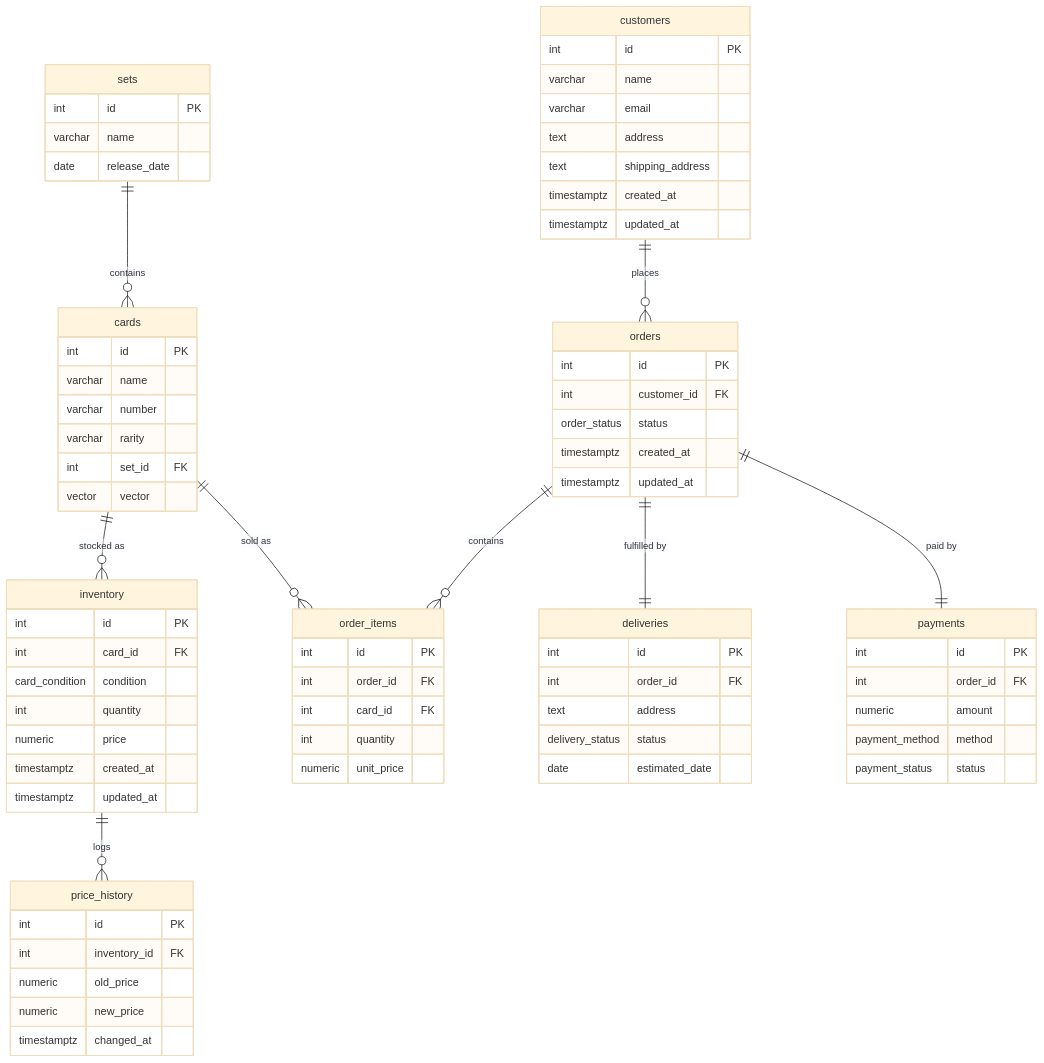
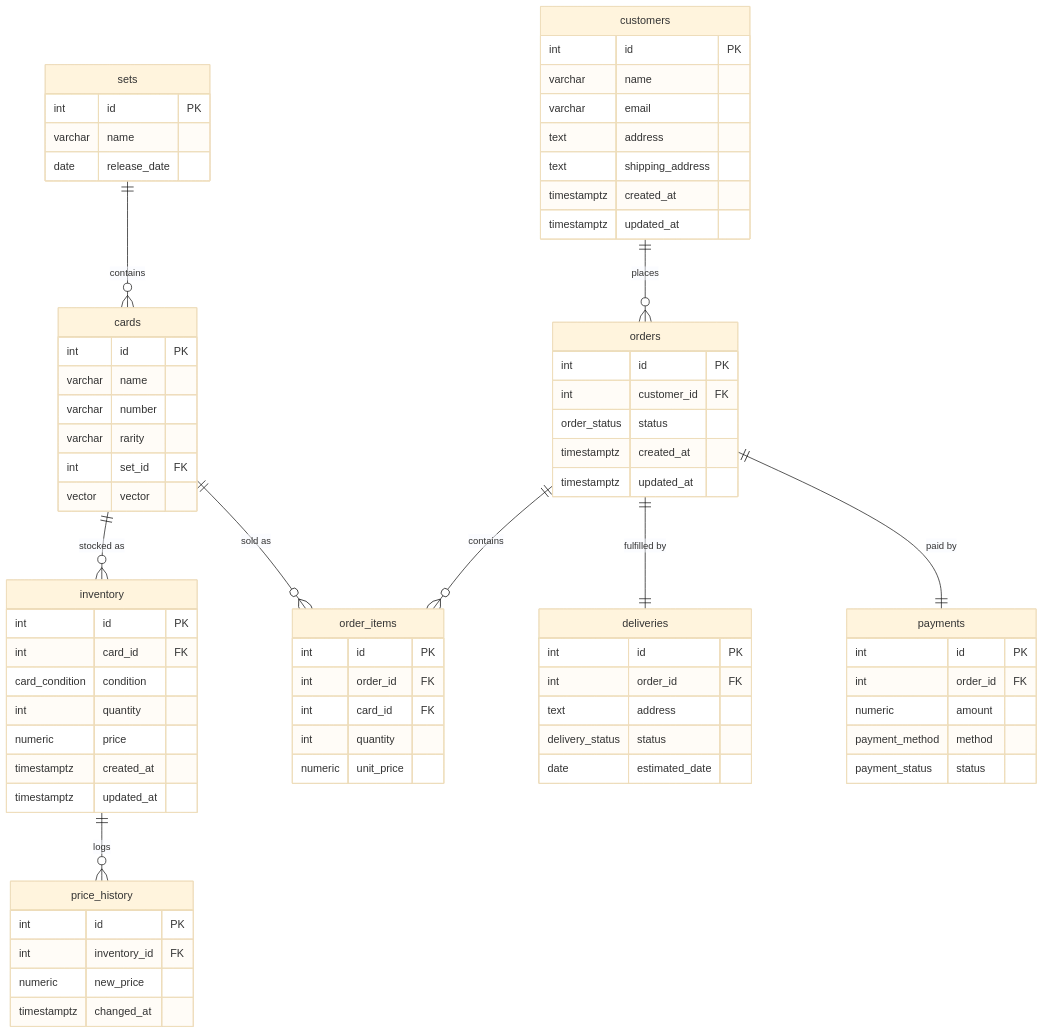
One commit to JJotace/JJotace.github.io changed the diagram in documents/03_Project_overview/302_architecture_design.md. Above: the diagram before and after it, drawn with Mermaid (base theme). The commit also changed other lines of this file and 5 other files, not shown here.

```diff
--- a/documents/03_Project_overview/302_architecture_design.md
+++ b/documents/03_Project_overview/302_architecture_design.md
@@ -172,7 +172,6 @@
     price_history {
         int id PK
         int inventory_id FK
-        numeric old_price
         numeric new_price
         timestamptz changed_at
     }
```
